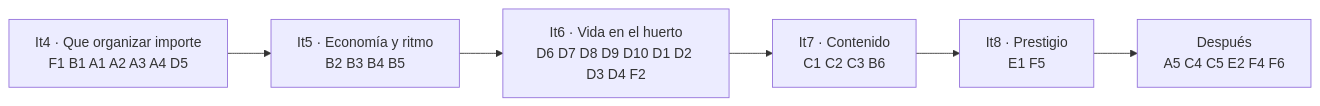
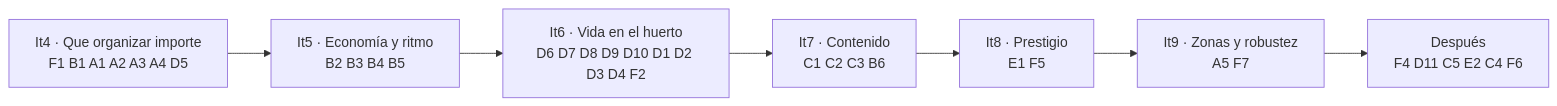
One commit to MRspookyman/TinyHarvest changed the diagram in PLAN.md. Above: the diagram before and after it, drawn with Mermaid. The commit also changed other lines of this file and 11 other files, not shown here.

````diff
--- a/PLAN.md
+++ b/PLAN.md
@@ -605,8 +641,9 @@
 ```mermaid
 flowchart LR
   I4["It4 · Que organizar importe<br/>F1 B1 A1 A2 A3 A4 D5"] --> I5["It5 · Economía y ritmo<br/>B2 B3 B4 B5"]
   I5 --> I6["It6 · Vida en el huerto<br/>D6 D7 D8 D9 D10 D1 D2 D3 D4 F2"]
   I6 --> I7["It7 · Contenido<br/>C1 C2 C3 B6"]
   I7 --> I8["It8 · Prestigio<br/>E1 F5"]
-  I8 --> L["Después<br/>A5 C4 C5 E2 F4 F6"]
+  I8 --> I9["It9 · Zonas y robustez<br/>A5 F7"]
+  I9 --> L["Después<br/>F4 D11 C5 E2 C4 F6"]
 ```
````
